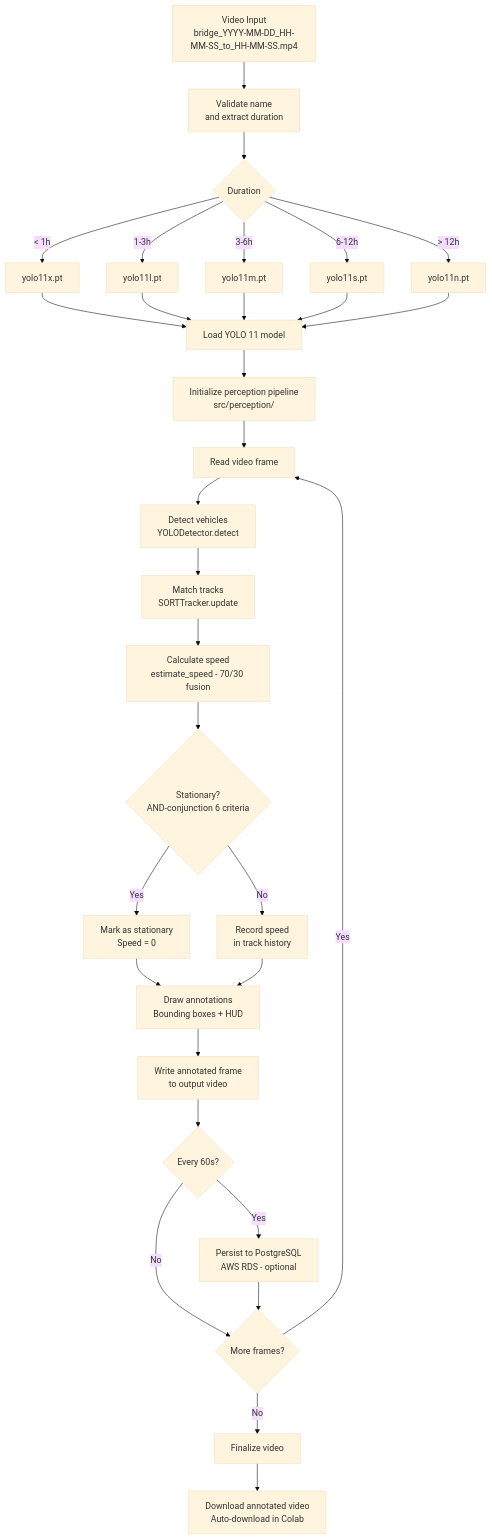
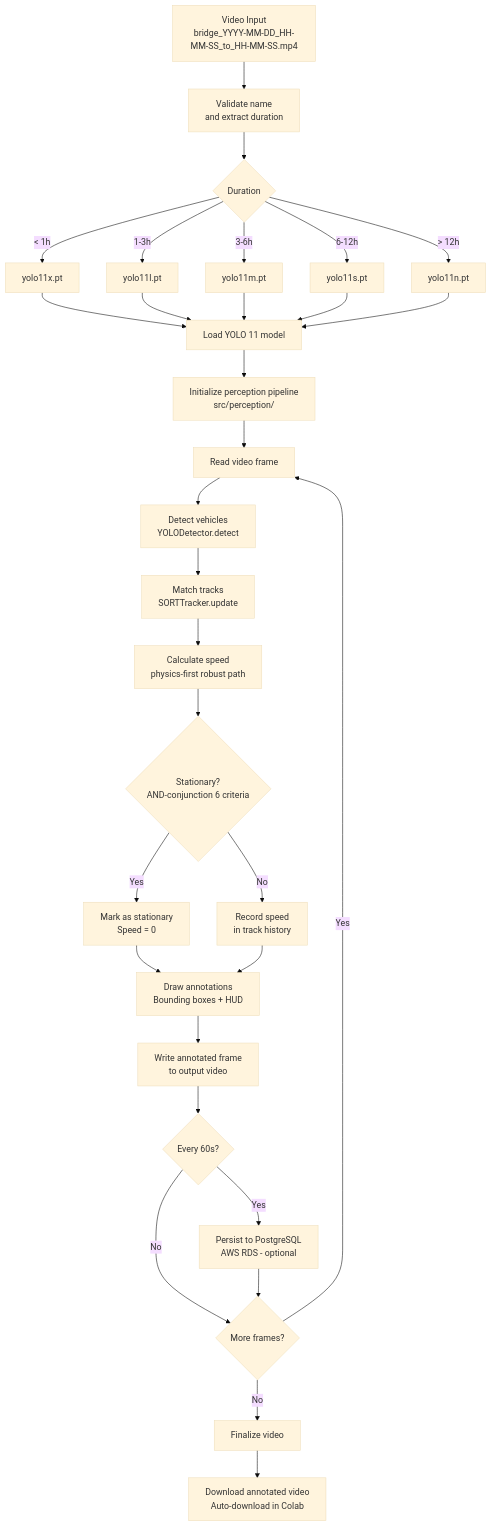
The first of 2 diagrams in Docs/DDS.md (aka-titesen/vaaet), drawn with Mermaid (base theme) before and after one commit. The commit also changed other lines of this file and 20 other files, not shown here.

````diff
--- a/Docs/DDS.md
+++ b/Docs/DDS.md
@@ -18,35 +27,35 @@
 ```mermaid
 flowchart TD
     A[Video Input<br/>bridge_YYYY-MM-DD_HH-MM-SS_to_HH-MM-SS.mp4] --> B[Validate name<br/>and extract duration]
     B --> C{Duration}
     C -->|< 1h| D1[yolo11x.pt]
     C -->|1-3h| D2[yolo11l.pt]
     C -->|3-6h| D3[yolo11m.pt]
     C -->|6-12h| D4[yolo11s.pt]
     C -->|> 12h| D5[yolo11n.pt]
     
     D1 & D2 & D3 & D4 & D5 --> E[Load YOLO 11 model]
     
     E --> F[Initialize perception pipeline<br/>src/perception/]
     F --> G[Read video frame]
     
     G --> H[Detect vehicles<br/>YOLODetector.detect]
     H --> I[Match tracks<br/>SORTTracker.update]
-    I --> J[Calculate speed<br/>estimate_speed - 70/30 fusion]
+    I --> J[Calculate speed<br/>physics-first robust path]
     J --> K{Stationary?<br/>AND-conjunction 6 criteria}
     
     K -->|Yes| L[Mark as stationary<br/>Speed = 0]
     K -->|No| M[Record speed<br/>in track history]
     
     L & M --> N[Draw annotations<br/>Bounding boxes + HUD]
     N --> O[Write annotated frame<br/>to output video]
     
     O --> P{Every 60s?}
     P -->|Yes| Q[Persist to PostgreSQL<br/>AWS RDS - optional]
     P -->|No| R{More frames?}
     Q --> R
     
     R -->|Yes| G
     R -->|No| S[Finalize video]
     S --> T[Download annotated video<br/>Auto-download in Colab]
 ```
````
